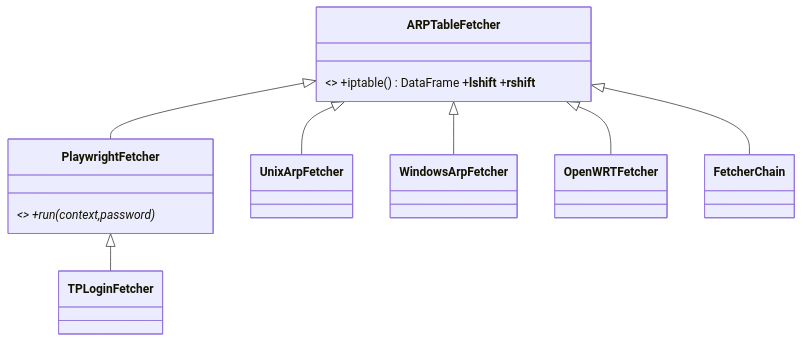
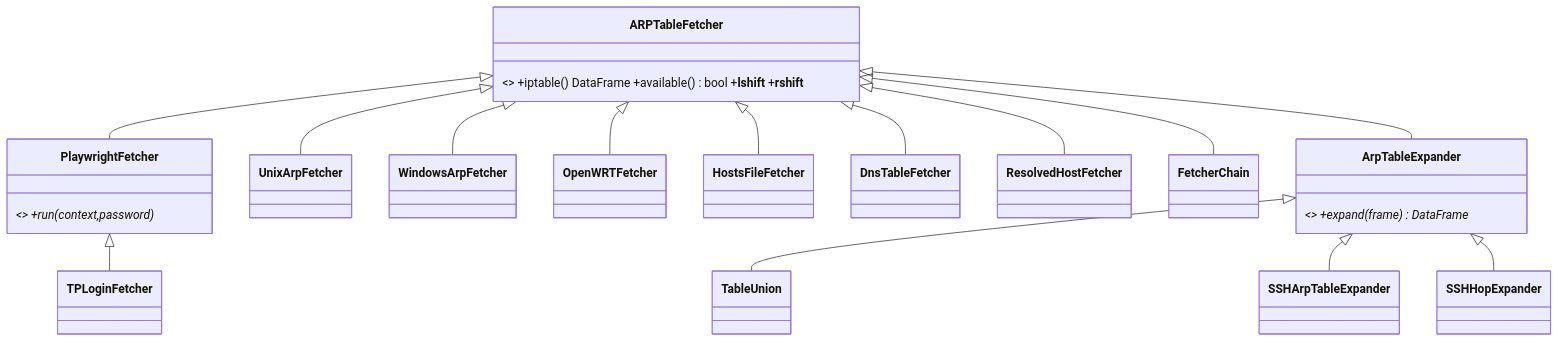
The fifth of 8 diagrams in design.md (fufurobot/my-lan-prober), drawn with Mermaid before and after one commit. The commit also changed other lines of this file and 1 other file, not shown here.

````diff
--- a/design.md
+++ b/design.md
@@ -692,16 +692,31 @@
 ```mermaid
 classDiagram
-    class ARPTableFetcher { <<abstract>> +iptable() DataFrame +__lshift__ +__rshift__ }
+    class ARPTableFetcher { <<abstract>> +iptable() DataFrame +available() bool +__lshift__ +__rshift__ }
     class PlaywrightFetcher { <<abstract>> +run(context,password)* }
     class TPLoginFetcher
     class UnixArpFetcher
     class WindowsArpFetcher
     class OpenWRTFetcher
+    class HostsFileFetcher
+    class DnsTableFetcher
+    class ResolvedHostFetcher
     class FetcherChain
+    class ArpTableExpander { <<abstract>> +expand(frame) DataFrame* }
+    class TableUnion
+    class SSHArpTableExpander
+    class SSHHopExpander
+
     ARPTableFetcher <|-- PlaywrightFetcher
     PlaywrightFetcher <|-- TPLoginFetcher
     ARPTableFetcher <|-- UnixArpFetcher
     ARPTableFetcher <|-- WindowsArpFetcher
     ARPTableFetcher <|-- OpenWRTFetcher
+    ARPTableFetcher <|-- HostsFileFetcher
+    ARPTableFetcher <|-- DnsTableFetcher
+    ARPTableFetcher <|-- ResolvedHostFetcher
     ARPTableFetcher <|-- FetcherChain
+    ARPTableFetcher <|-- ArpTableExpander
+    ArpTableExpander <|-- TableUnion
+    ArpTableExpander <|-- SSHArpTableExpander
+    ArpTableExpander <|-- SSHHopExpander
 ```
````
